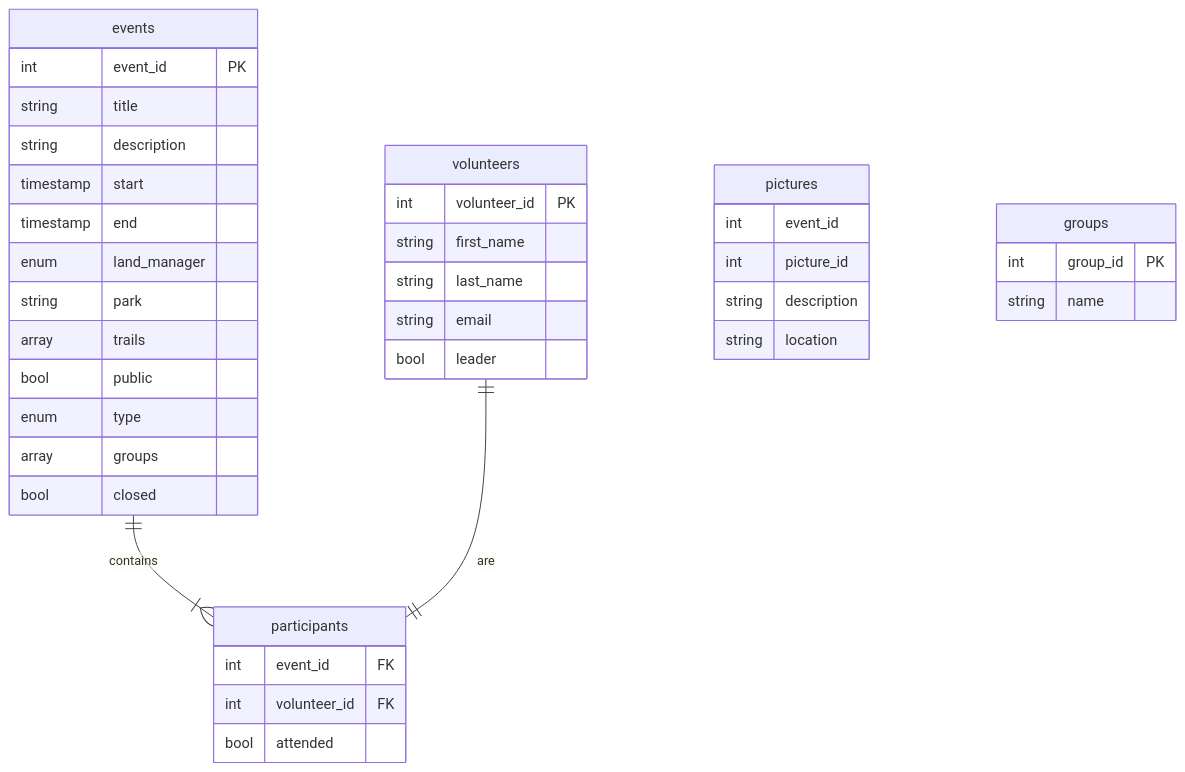
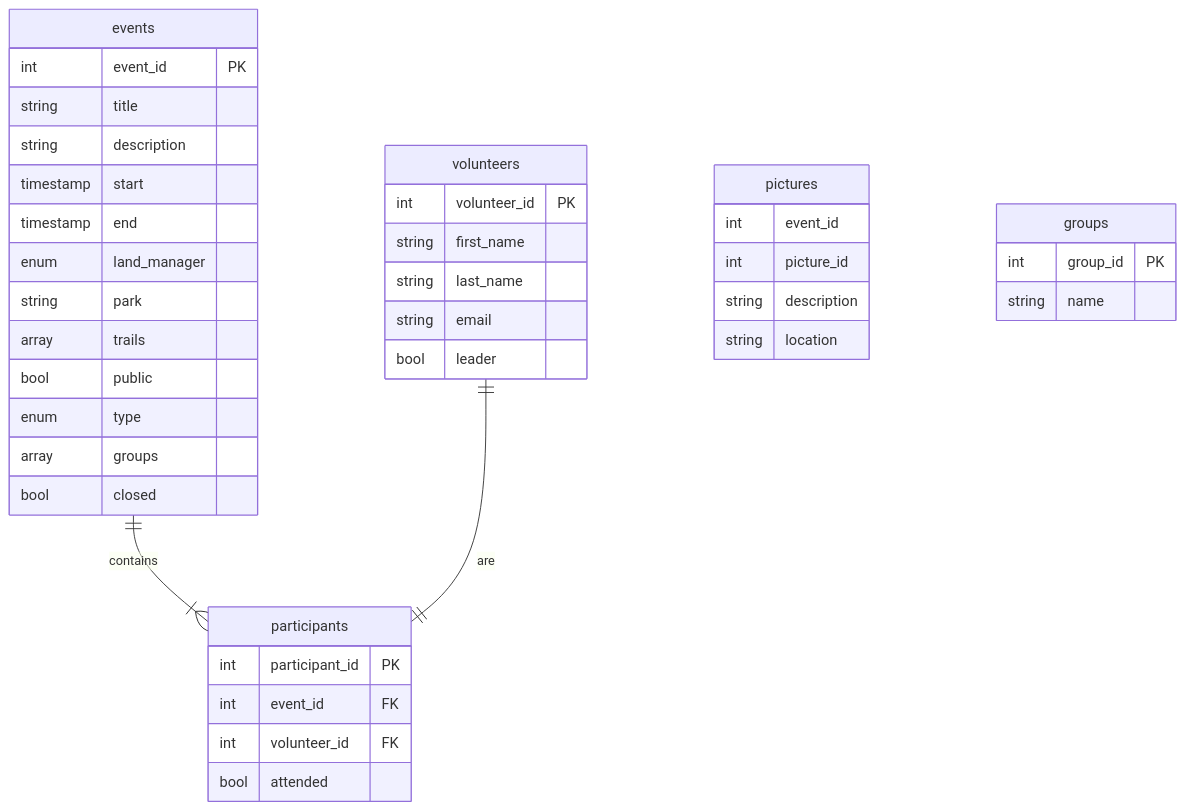
One commit to trailrunnervolunteers/trv-website changed the diagram in docs/database.md. Above: the diagram before and after it, drawn with Mermaid. The commit also changed 18 other files, not shown here.

````diff
--- a/docs/database.md
+++ b/docs/database.md
@@ -7,41 +7,42 @@
 ```mermaid
 erDiagram
     events ||--|{ participants: contains
     volunteers ||--|| participants: are
     events {
         int event_id PK
         string title
         string description
         timestamp start
         timestamp end
         enum land_manager
         string park
         array trails
         bool public
         enum type
         array groups
         bool closed
     }
     participants {
+        int participant_id PK
         int event_id FK
         int volunteer_id FK
         bool attended
     }
     volunteers {
         int volunteer_id PK
         string first_name
         string last_name
         string email
         bool leader
     }
     pictures {
         int event_id
         int picture_id
         string description
         string location
     }
     groups {
         int group_id PK
         string name
     }
 ```
````
